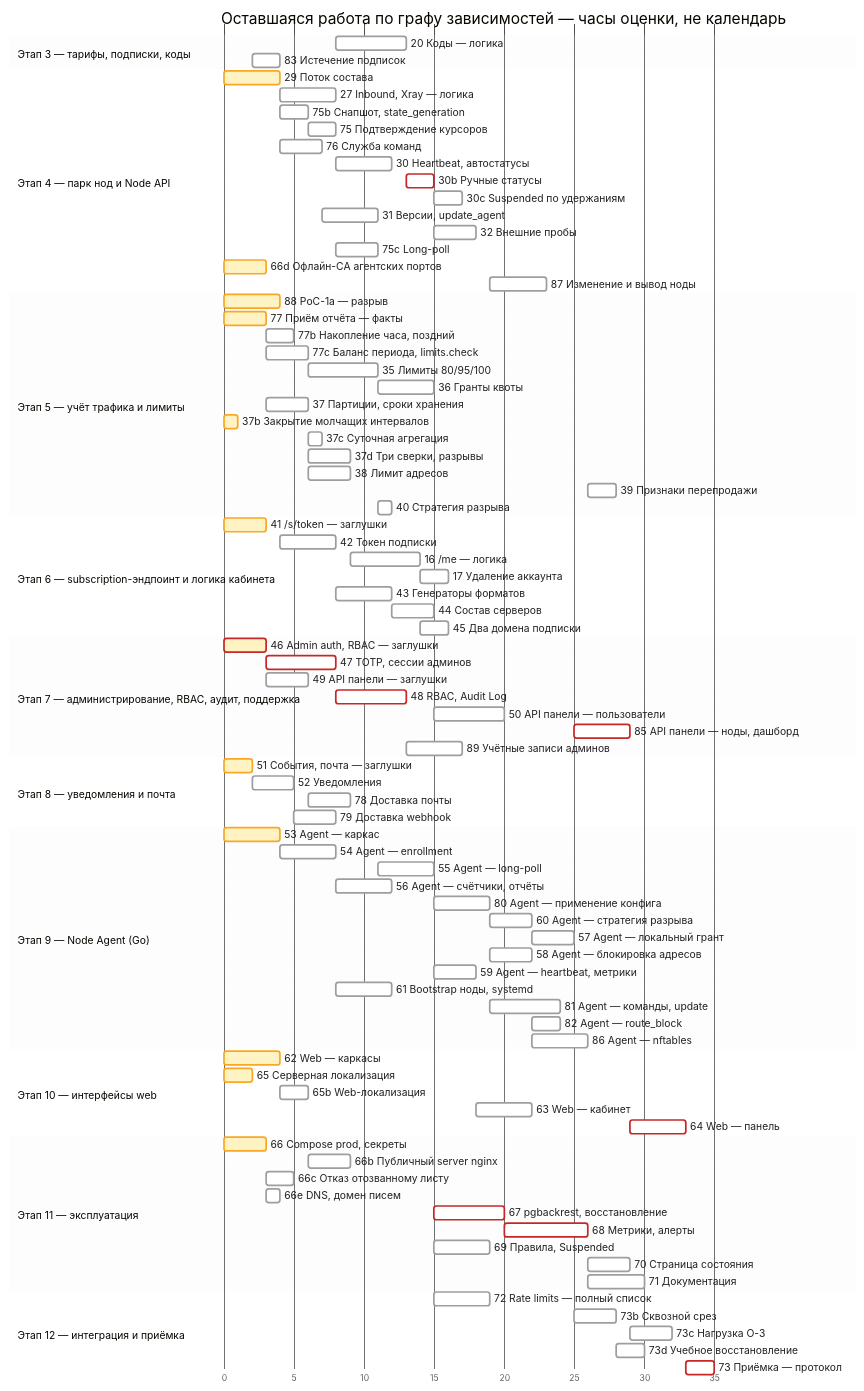
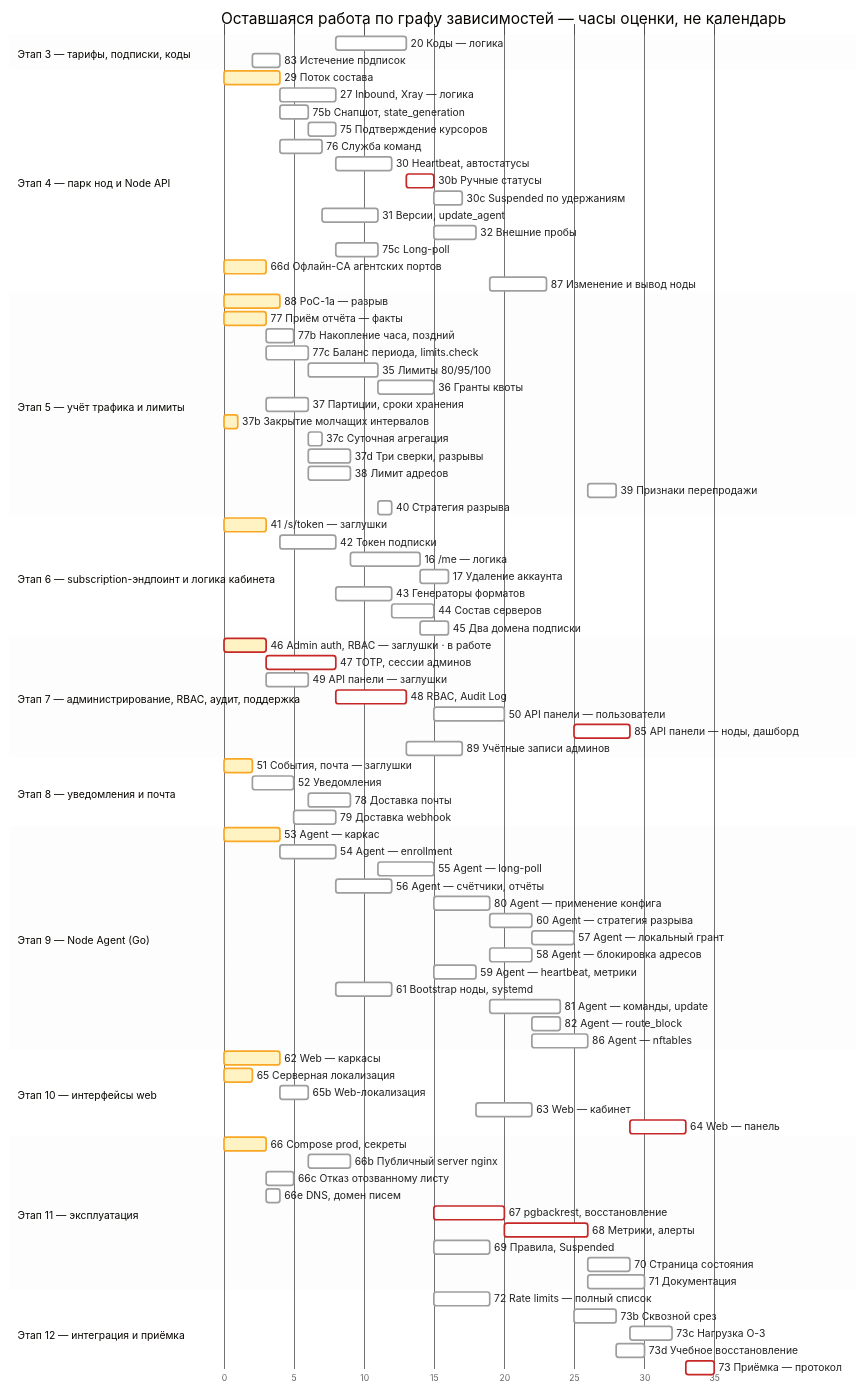
The diagram in docs/PLAN.md (MatrixFounder/vpn-distribution-system), drawn with Mermaid before and after one commit. The commit also changed other lines of this file and 40 other files, not shown here.

```diff
--- a/docs/PLAN.md
+++ b/docs/PLAN.md
@@ -168,7 +166,7 @@
     44 Состав серверов :t44, after t43 t30, 3ms
     45 Два домена подписки :t45, after t42 t16 t65 t66, 2ms
   section Этап 7 — администрирование, RBAC, аудит, поддержка
-    46 Admin auth, RBAC — заглушки :active, crit, t46, 0, 3ms
+    46 Admin auth, RBAC — заглушки · в работе :active, crit, t46, 0, 3ms
     47 TOTP, сессии админов :crit, t47, after t46 t51, 5ms
     49 API панели — заглушки :t49, after t46, 3ms
     48 RBAC, Audit Log :crit, t48, after t46 t47 t42 t49, 5ms
```
